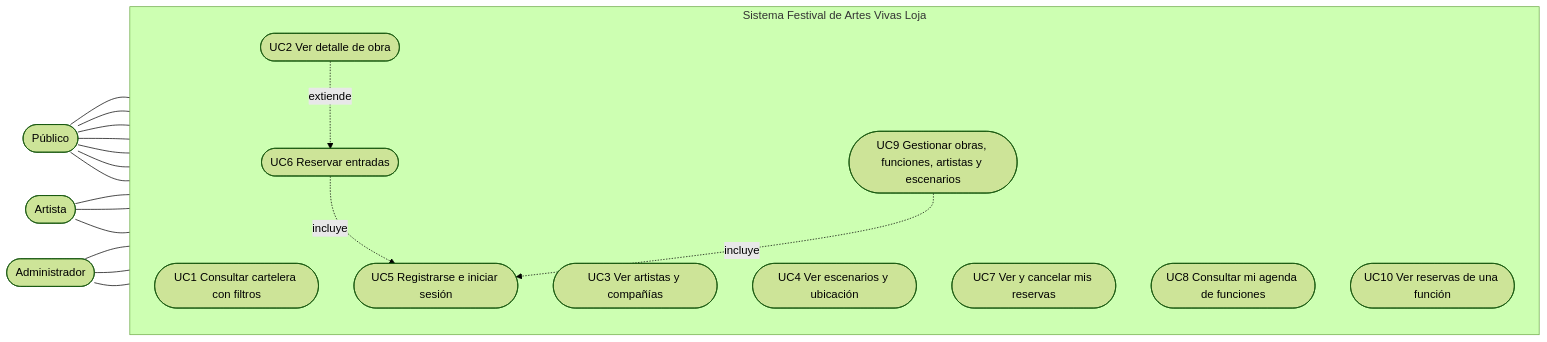
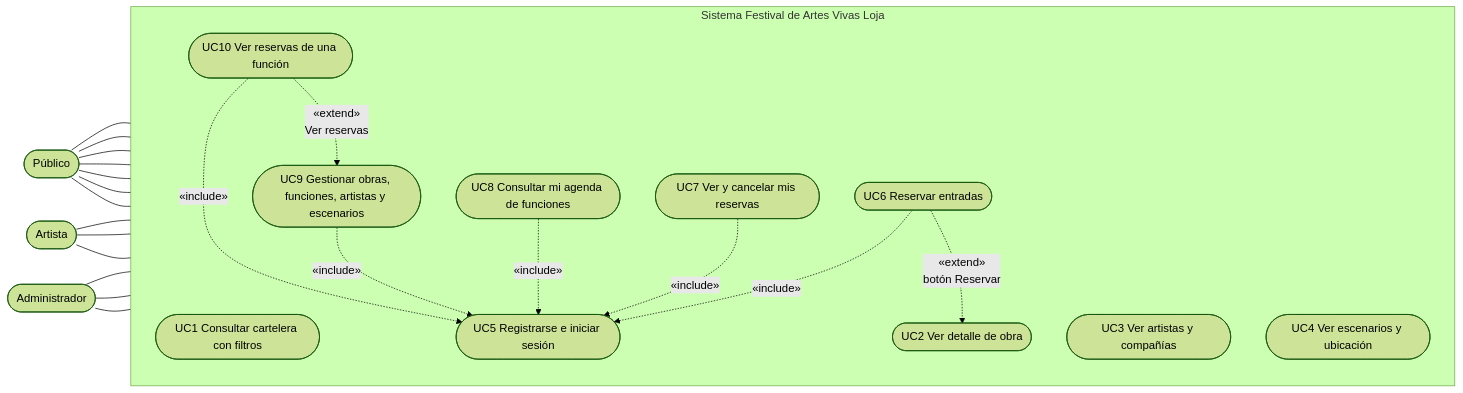
One commit to Camello15/festival-artes-vivas-loja changed the diagram in docs/arquitectura/05-escenarios.md. Above: the diagram before and after it, drawn with Mermaid (forest theme). The commit also changed other lines of this file and 2 other files, not shown here.

Commit message:
docs(architecture): corregir casos de uso y clases según el código
- Casos de uso: «include» de UC5 en UC6-UC10 y «extend» con la
  dirección UML correcta (UC6 extiende UC2, UC10 extiende UC9).
- Diagrama de clases: Venue.imageUrl, presente en schema.prisma.
- README: la carpeta middlewares ya incluye la autenticación JWT.

Los 30 bloques Mermaid de la documentación se validaron con el parser
oficial (mermaid 11).

````diff
--- a/docs/arquitectura/05-escenarios.md
+++ b/docs/arquitectura/05-escenarios.md
@@ -10,40 +10,44 @@
 ```mermaid
 flowchart LR
     publico(["Público"])
     artista(["Artista"])
     admin(["Administrador"])
 
     subgraph sistema["Sistema Festival de Artes Vivas Loja"]
         direction TB
         UC1(["UC1 Consultar cartelera con filtros"])
         UC2(["UC2 Ver detalle de obra"])
         UC3(["UC3 Ver artistas y compañías"])
         UC4(["UC4 Ver escenarios y ubicación"])
         UC5(["UC5 Registrarse e iniciar sesión"])
         UC6(["UC6 Reservar entradas"])
         UC7(["UC7 Ver y cancelar mis reservas"])
         UC8(["UC8 Consultar mi agenda de funciones"])
         UC9(["UC9 Gestionar obras, funciones, artistas y escenarios"])
         UC10(["UC10 Ver reservas de una función"])
     end
 
     publico --- UC1
     publico --- UC2
     publico --- UC3
     publico --- UC4
     publico --- UC5
     publico --- UC6
     publico --- UC7
 
     artista --- UC5
     artista --- UC8
     artista --- UC3
 
     admin --- UC5
     admin --- UC9
     admin --- UC10
 
-    UC6 -. "incluye" .-> UC5
-    UC2 -. "extiende" .-> UC6
-    UC9 -. "incluye" .-> UC5
+    UC6 -. "«include»" .-> UC5
+    UC7 -. "«include»" .-> UC5
+    UC8 -. "«include»" .-> UC5
+    UC9 -. "«include»" .-> UC5
+    UC10 -. "«include»" .-> UC5
+    UC6 -. "«extend»<br/>botón Reservar" .-> UC2
+    UC10 -. "«extend»<br/>Ver reservas" .-> UC9
 ```
````
